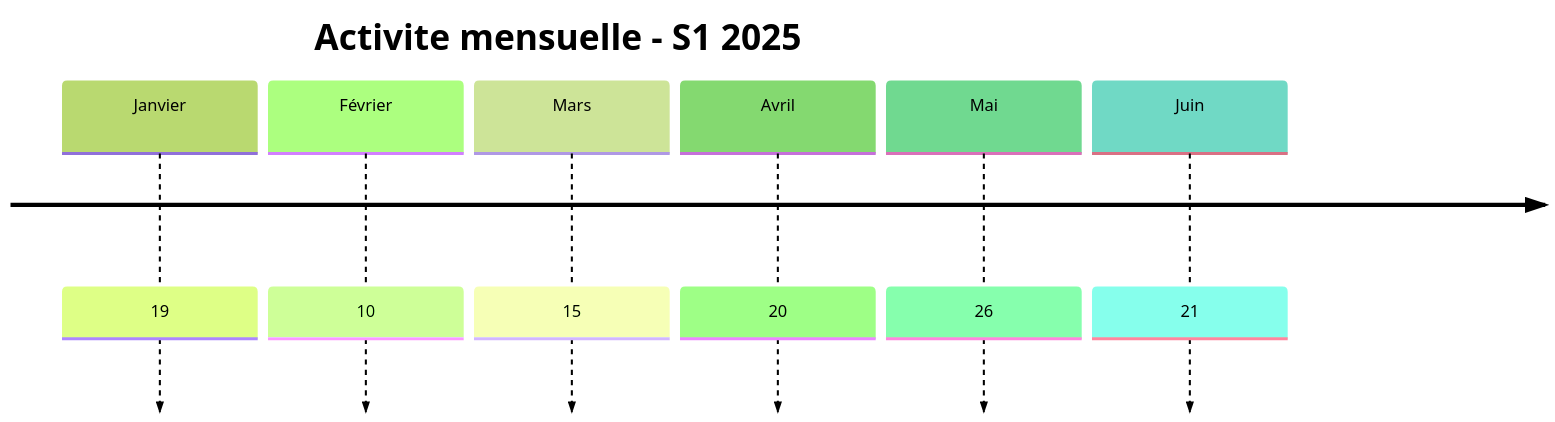
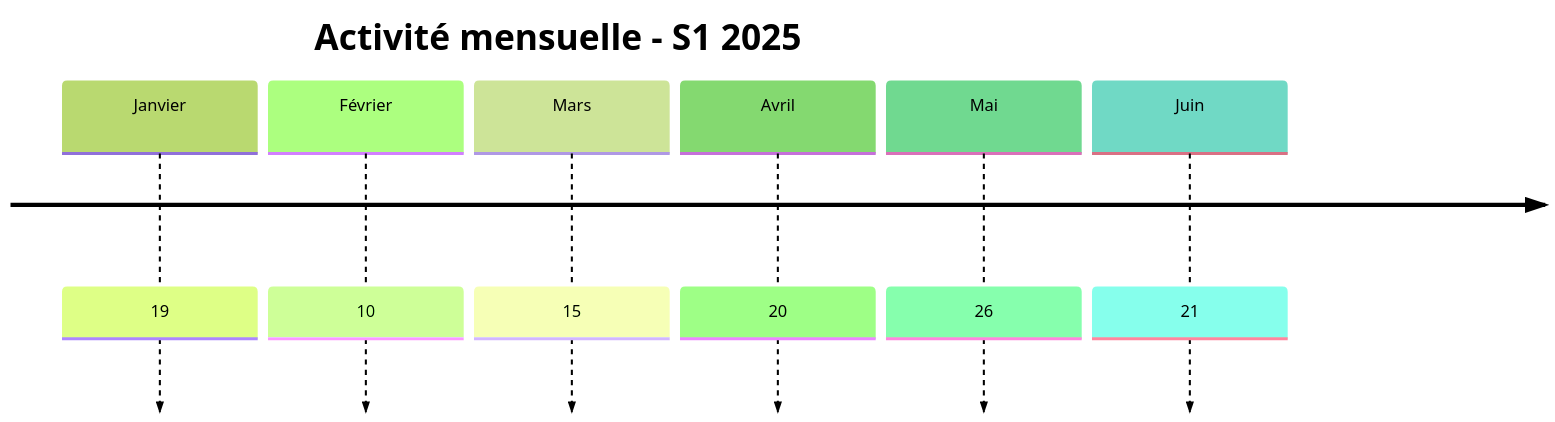
The first of 2 diagrams in CyberAttackAfrica/2025/README_H1_FR.md (Hatchepsoute/AFRINTEL), drawn with Mermaid (forest theme) before and after one commit. The commit also changed other lines of this file and 66 other files, not shown here.

````diff
--- a/CyberAttackAfrica/2025/README_H1_FR.md
+++ b/CyberAttackAfrica/2025/README_H1_FR.md
@@ -80,10 +79,10 @@
 ```mermaid
 timeline
-    title Activite mensuelle - S1 2025
+    title Activité mensuelle - S1 2025
     Janvier : 19
     Février : 10
     Mars : 15
     Avril : 20
     Mai : 26
     Juin : 21
 ```
````
